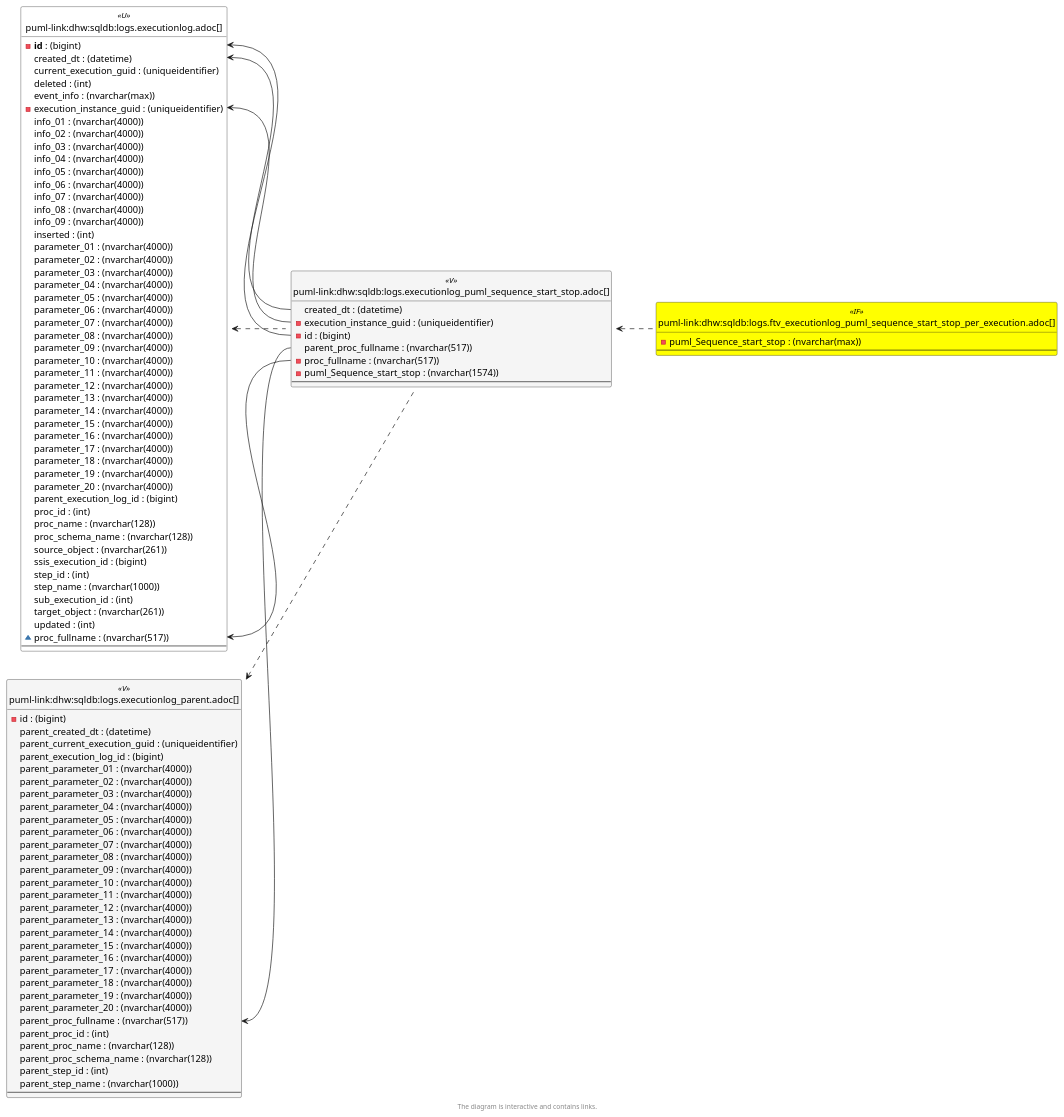
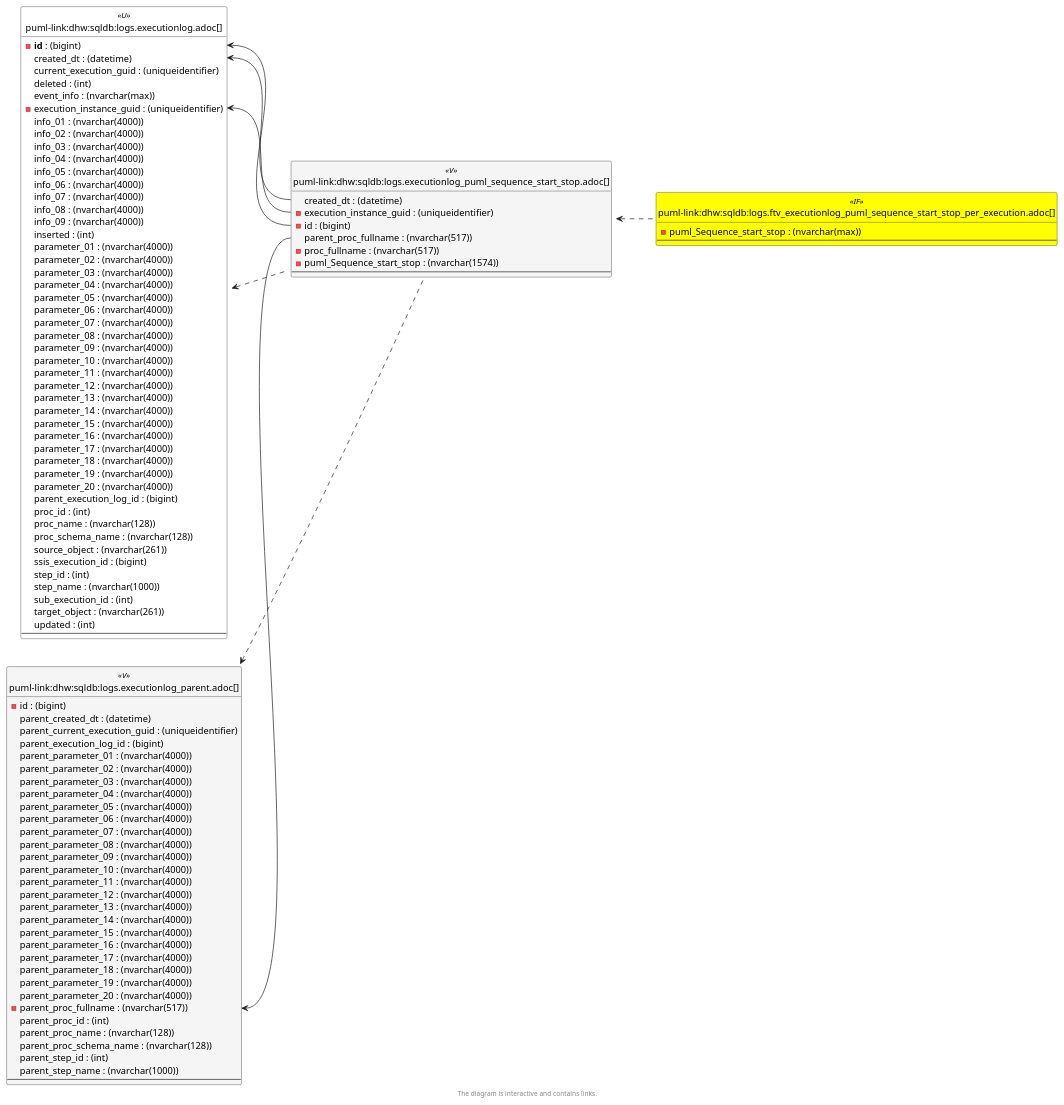
One commit to DataHandwerk/dhw-antora-sqldb changed the sixth of 6 diagrams in docs/modules/sqldb/partials/content/logs.executionlog_puml_sequence_start_stop.adoc. Above: the diagram before and after it, drawn with PlantUML. The commit also changed other lines of this file and 701 other files, not shown here.

```diff
--- a/docs/modules/sqldb/partials/content/logs.executionlog_puml_sequence_start_stop.adoc
+++ b/docs/modules/sqldb/partials/content/logs.executionlog_puml_sequence_start_stop.adoc
@@ -920,7 +915,6 @@
   sub_execution_id : (int)
   target_object : (nvarchar(261))
   updated : (int)
-  ~ proc_fullname : (nvarchar(517))
   --
 }
 
@@ -949,7 +943,7 @@
   parent_parameter_18 : (nvarchar(4000))
   parent_parameter_19 : (nvarchar(4000))
   parent_parameter_20 : (nvarchar(4000))
-  parent_proc_fullname : (nvarchar(517))
+  - parent_proc_fullname : (nvarchar(517))
   parent_proc_id : (int)
   parent_proc_name : (nvarchar(128))
   parent_proc_schema_name : (nvarchar(128))
@@ -979,7 +973,6 @@
 "logs.ExecutionLog::created_dt" <-- "logs.ExecutionLog_puml_Sequence_start_stop::created_dt"
 "logs.ExecutionLog::execution_instance_guid" <-- "logs.ExecutionLog_puml_Sequence_start_stop::execution_instance_guid"
 "logs.ExecutionLog::id" <-- "logs.ExecutionLog_puml_Sequence_start_stop::id"
-"logs.ExecutionLog::proc_fullname" <-- "logs.ExecutionLog_puml_Sequence_start_stop::proc_fullname"
 "logs.ExecutionLog_parent::parent_proc_fullname" <-- "logs.ExecutionLog_puml_Sequence_start_stop::parent_proc_fullname"
 
 footer The diagram is interactive and contains links.
```
